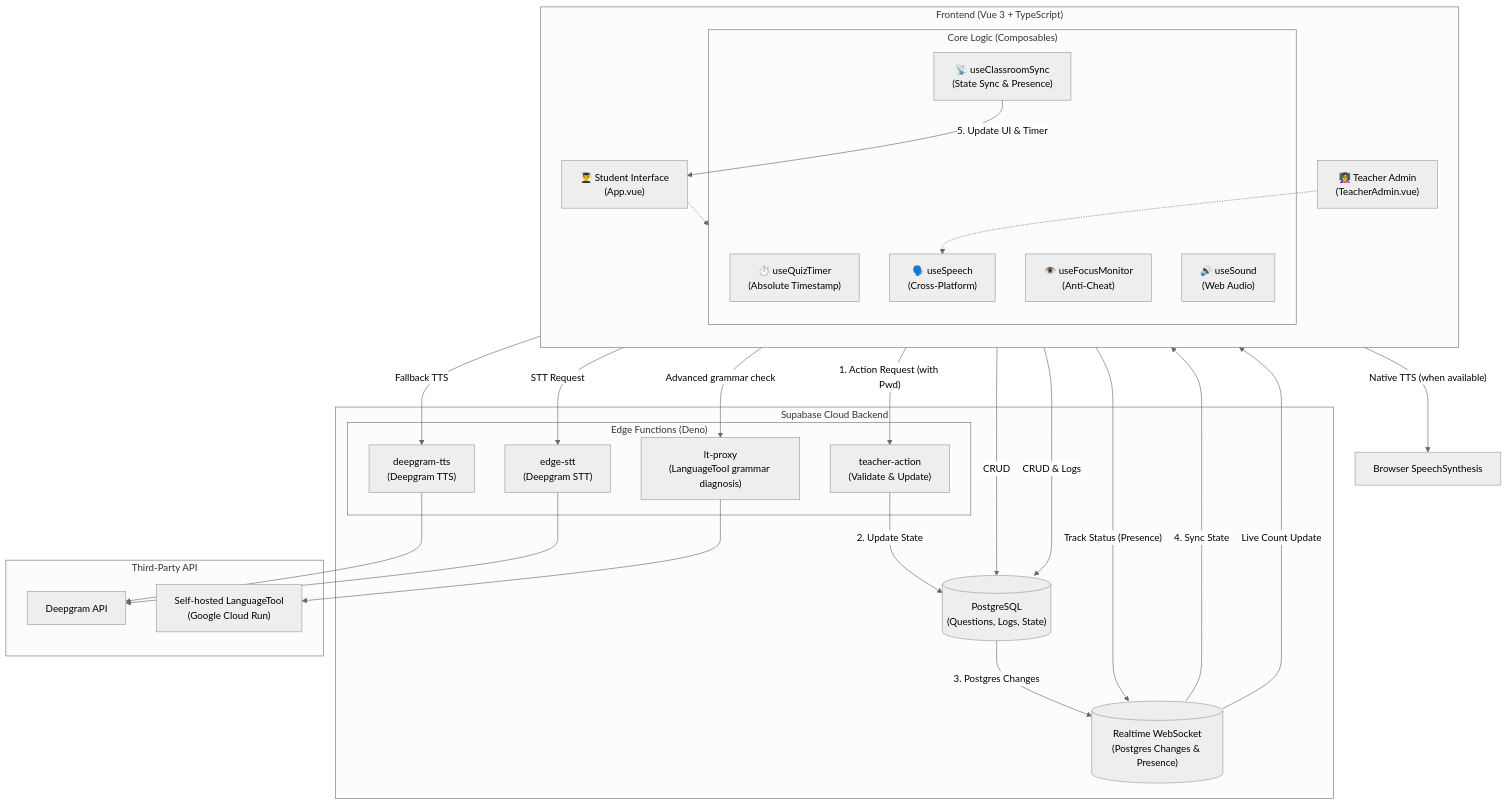
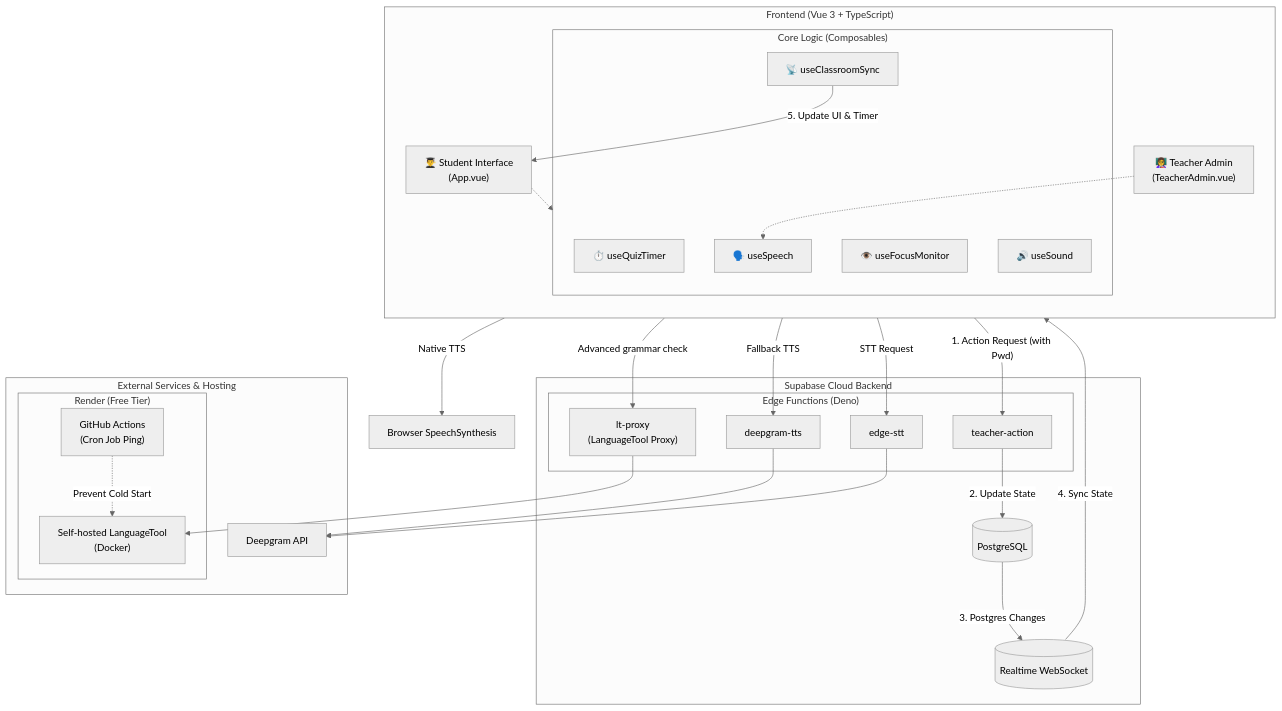
The second of 3 diagrams in README.md (ylin3-learner/SyntaxHunt), drawn with Mermaid (neutral theme) before and after one commit. The commit also changed other lines of this file and 1 other file, not shown here.

Commit message:
docs(readme): update architecture, deployment, and diagnosis technical details
- **Architecture**: Updated Mermaid diagrams to reflect Render (Docker) hosting and GitHub Actions keep-alive mechanism.
- **Diagnosis**: Documented Context Stitching and Offset Mapping logic for precise LanguageTool error highlighting.
- **UI/UX**: Added documentation for the manual 'Person vs. Thing' semantic control and the 8-second timeout fallback.
- **Deployment**: Updated deployment guides with Render environment variables (Java OOM prevention) and Supabase secrets configuration.

````diff
--- a/README.md
+++ b/README.md
@@ -73,60 +73,58 @@
 ```mermaid
 graph TD
     subgraph Client ["Frontend (Vue 3 + TypeScript)"]
         direction TB
         AdminUI["👩‍🏫 Teacher Admin<br>(TeacherAdmin.vue)"]
         StudentUI["👨‍🎓 Student Interface<br>(App.vue)"]
         
         subgraph Composables ["Core Logic (Composables)"]
-            Timer["⏱️ useQuizTimer<br>(Absolute Timestamp)"]
-            Focus["👁️ useFocusMonitor<br>(Anti-Cheat)"]
-            Sound["🔊 useSound<br>(Web Audio)"]
-            Speech["🗣️ useSpeech<br>(Cross-Platform)"]
-            Sync["📡 useClassroomSync<br>(State Sync & Presence)"]
+            Timer["⏱️ useQuizTimer"]
+            Focus["👁️ useFocusMonitor"]
+            Sound["🔊 useSound"]
+            Speech["🗣️ useSpeech"]
+            Sync["📡 useClassroomSync"]
         end
     end
 
     subgraph Supabase ["Supabase Cloud Backend"]
-        DB[("PostgreSQL<br>(Questions, Logs, State)")]
-        Realtime[("Realtime WebSocket<br>(Postgres Changes & Presence)")]
+        DB[("PostgreSQL")]
+        Realtime[("Realtime WebSocket")]
         subgraph EdgeFunctions ["Edge Functions (Deno)"]
-            Action_Proxy["teacher-action<br>(Validate & Update)"]
-            TTS_Proxy["deepgram-tts<br>(Deepgram TTS)"]
-            STT_Proxy["edge-stt<br>(Deepgram STT)"]
-            LT_Proxy["lt-proxy<br>(LanguageTool grammar diagnosis)"]
+            Action_Proxy["teacher-action"]
+            TTS_Proxy["deepgram-tts"]
+            STT_Proxy["edge-stt"]
+            LT_Proxy["lt-proxy<br>(LanguageTool Proxy)"]
         end
     end
 
-    subgraph ThirdParty ["Third-Party API"]
+    subgraph External ["External Services & Hosting"]
         Deepgram["Deepgram API"]
-        LanguageTool["Self-hosted LanguageTool<br>(Google Cloud Run)"]
+        subgraph Render ["Render (Free Tier)"]
+            LanguageTool["Self-hosted LanguageTool<br>(Docker)"]
+            KeepAlive["GitHub Actions<br>(Cron Job Ping)"]
+        end
     end
 
     BrowserTTS["Browser SpeechSynthesis"]
 
     %% Data Flow
     AdminUI -- "1. Action Request (with Pwd)" --> Action_Proxy
     Action_Proxy -- "2. Update State" --> DB
     DB -- "3. Postgres Changes" --> Realtime
     Realtime -- "4. Sync State" --> Sync
     Sync -- "5. Update UI & Timer" --> StudentUI
     
-    %% Presence Flow
-    StudentUI -- "Track Status (Presence)" --> Realtime
-    Realtime -- "Live Count Update" --> AdminUI
-    
-    AdminUI -- "CRUD" --> DB
-    StudentUI -- "CRUD & Logs" --> DB
-    
-    StudentUI -- "Native TTS (when available)" --> BrowserTTS
+    StudentUI -- "Native TTS" --> BrowserTTS
     StudentUI -- "Fallback TTS" --> TTS_Proxy
     TTS_Proxy --> Deepgram
+    
     StudentUI -- "STT Request" --> STT_Proxy
     STT_Proxy --> Deepgram
+    
     StudentUI -- "Advanced grammar check" --> LT_Proxy
     LT_Proxy --> LanguageTool
+    KeepAlive -. "Prevent Cold Start" .-> LanguageTool
 
-    %% Logic Dependencies
     StudentUI -.-> Composables
     AdminUI -.-> Speech
 ```
````
